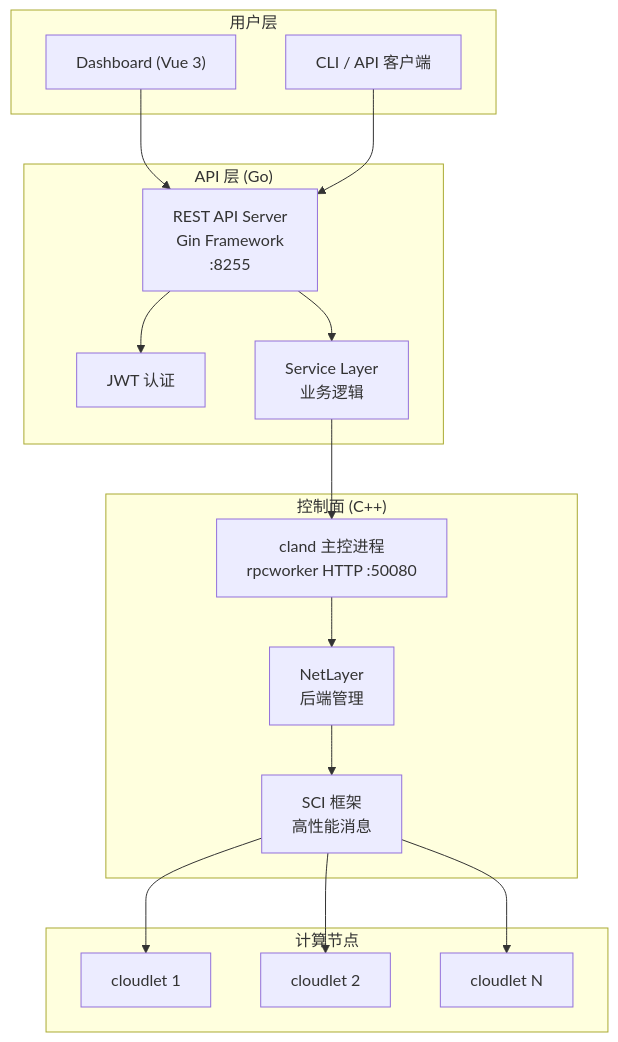
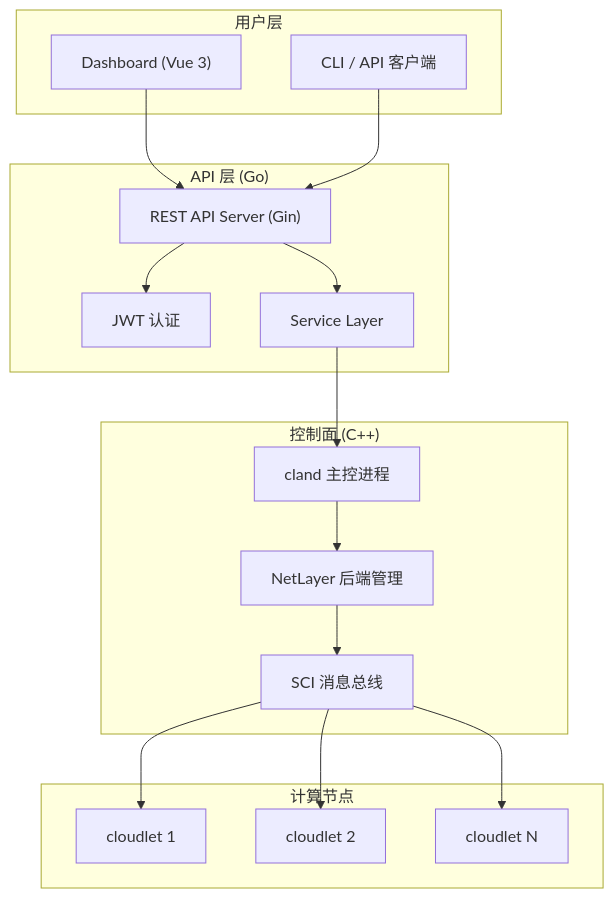
One commit to threen134/cloudland changed the diagram in docs/architecture/overview.md. Above: the diagram before and after it, drawn with Mermaid. The commit also changed 30 other files, not shown here.

Commit message:
docs: remove legacy D2 dependency and unify diagrams with Mermaid, update API references

````diff
--- a/docs/architecture/overview.md
+++ b/docs/architecture/overview.md
@@ -7,36 +7,36 @@
 ```mermaid
-graph TB
-    subgraph "用户层"
+graph TD
+    subgraph User["用户层"]
         UI["Dashboard (Vue 3)"]
         CLI["CLI / API 客户端"]
     end
 
-    subgraph "API 层 (Go)"
-        API["REST API Server<br/>Gin Framework<br/>:8255"]
+    subgraph API_Layer["API 层 (Go)"]
+        API["REST API Server (Gin)"]
         AUTH["JWT 认证"]
-        SVC["Service Layer<br/>业务逻辑"]
+        SVC["Service Layer"]
     end
 
-    subgraph "控制面 (C++)"
-        CLAND["cland 主控进程<br/>rpcworker HTTP :50080"]
-        NET["NetLayer<br/>后端管理"]
-        SCI["SCI 框架<br/>高性能消息"]
+    subgraph Control["控制面 (C++)"]
+        CLAND["cland 主控进程"]
+        NET["NetLayer 后端管理"]
+        SCI["SCI 消息总线"]
     end
 
-    subgraph "计算节点"
+    subgraph Nodes["计算节点"]
         CL1["cloudlet 1"]
         CL2["cloudlet 2"]
         CLN["cloudlet N"]
     end
 
     UI --> API
     CLI --> API
     API --> AUTH
     API --> SVC
     SVC --> CLAND
     CLAND --> NET
     NET --> SCI
     SCI --> CL1
     SCI --> CL2
     SCI --> CLN
 ```
````
